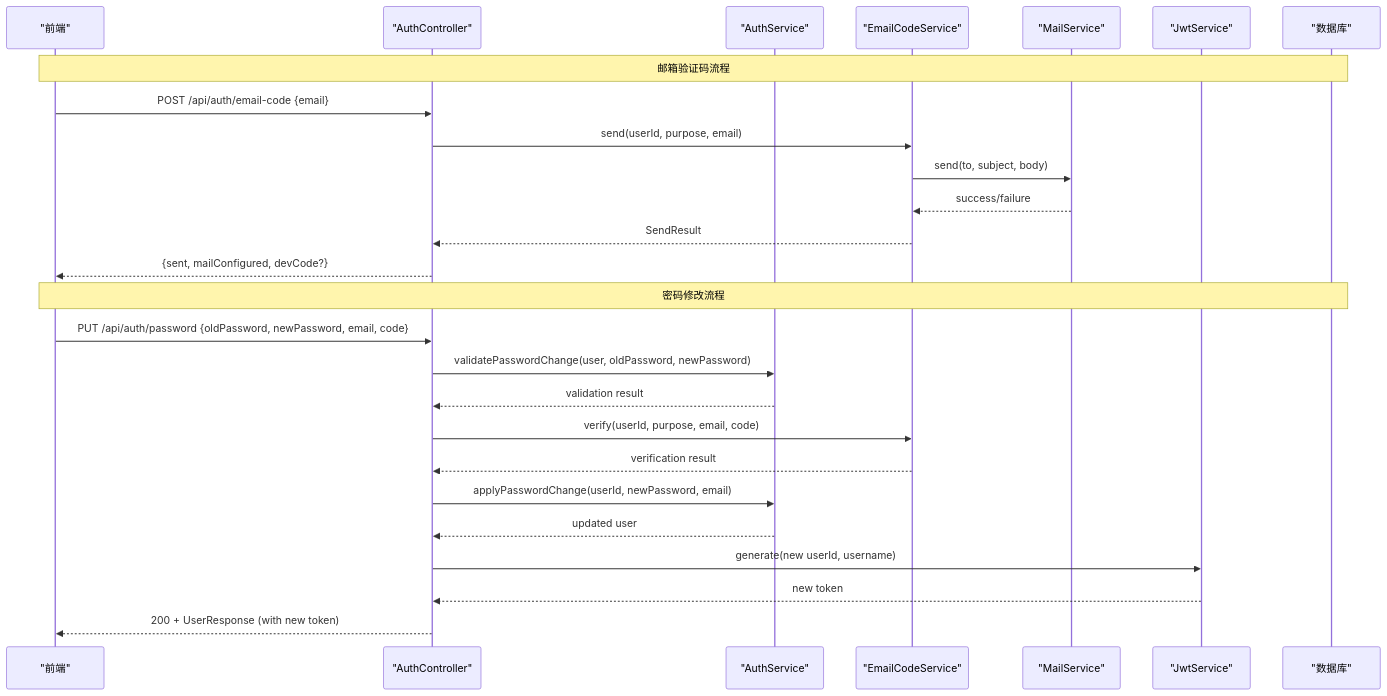
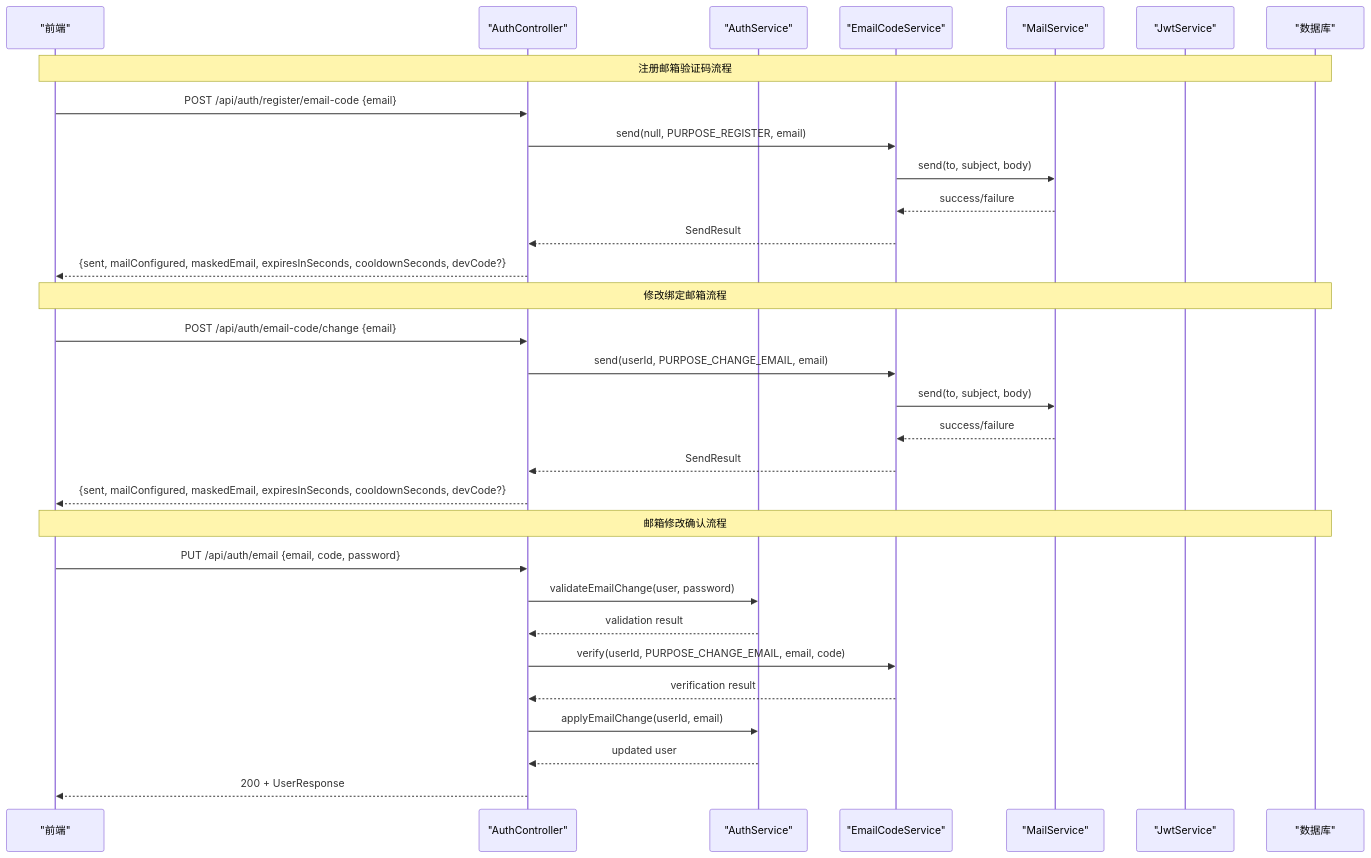
One commit to huangman881112/aiforip changed the second of 3 diagrams in .qoder/repowiki/zh/content/后端API文档/认证授权API.md. Above: the diagram before and after it, drawn with Mermaid. The commit also changed other lines of this file and 69 other files, not shown here.

````diff
--- a/.qoder/repowiki/zh/content/后端API文档/认证授权API.md
+++ b/.qoder/repowiki/zh/content/后端API文档/认证授权API.md
@@ -110,28 +114,33 @@
 ```mermaid
 sequenceDiagram
 participant FE as "前端"
 participant API as "AuthController"
 participant SVC as "AuthService"
 participant EMAIL as "EmailCodeService"
 participant MAIL as "MailService"
 participant JWT as "JwtService"
 participant DB as "数据库"
-Note over FE,DB : 邮箱验证码流程
-FE->>API : POST /api/auth/email-code {email}
-API->>EMAIL : send(userId, purpose, email)
+Note over FE,DB : 注册邮箱验证码流程
+FE->>API : POST /api/auth/register/email-code {email}
+API->>EMAIL : send(null, PURPOSE_REGISTER, email)
 EMAIL->>MAIL : send(to, subject, body)
 MAIL-->>EMAIL : success/failure
 EMAIL-->>API : SendResult
-API-->>FE : {sent, mailConfigured, devCode?}
-Note over FE,DB : 密码修改流程
-FE->>API : PUT /api/auth/password {oldPassword, newPassword, email, code}
-API->>SVC : validatePasswordChange(user, oldPassword, newPassword)
+API-->>FE : {sent, mailConfigured, maskedEmail, expiresInSeconds, cooldownSeconds, devCode?}
+Note over FE,DB : 修改绑定邮箱流程
+FE->>API : POST /api/auth/email-code/change {email}
+API->>EMAIL : send(userId, PURPOSE_CHANGE_EMAIL, email)
+EMAIL->>MAIL : send(to, subject, body)
+MAIL-->>EMAIL : success/failure
+EMAIL-->>API : SendResult
+API-->>FE : {sent, mailConfigured, maskedEmail, expiresInSeconds, cooldownSeconds, devCode?}
+Note over FE,DB : 邮箱修改确认流程
+FE->>API : PUT /api/auth/email {email, code, password}
+API->>SVC : validateEmailChange(user, password)
 SVC-->>API : validation result
-API->>EMAIL : verify(userId, purpose, email, code)
+API->>EMAIL : verify(userId, PURPOSE_CHANGE_EMAIL, email, code)
 EMAIL-->>API : verification result
-API->>SVC : applyPasswordChange(userId, newPassword, email)
+API->>SVC : applyEmailChange(userId, email)
 SVC-->>API : updated user
-API->>JWT : generate(new userId, username)
-JWT-->>API : new token
-API-->>FE : 200 + UserResponse (with new token)
+API-->>FE : 200 + UserResponse
 ```
````
